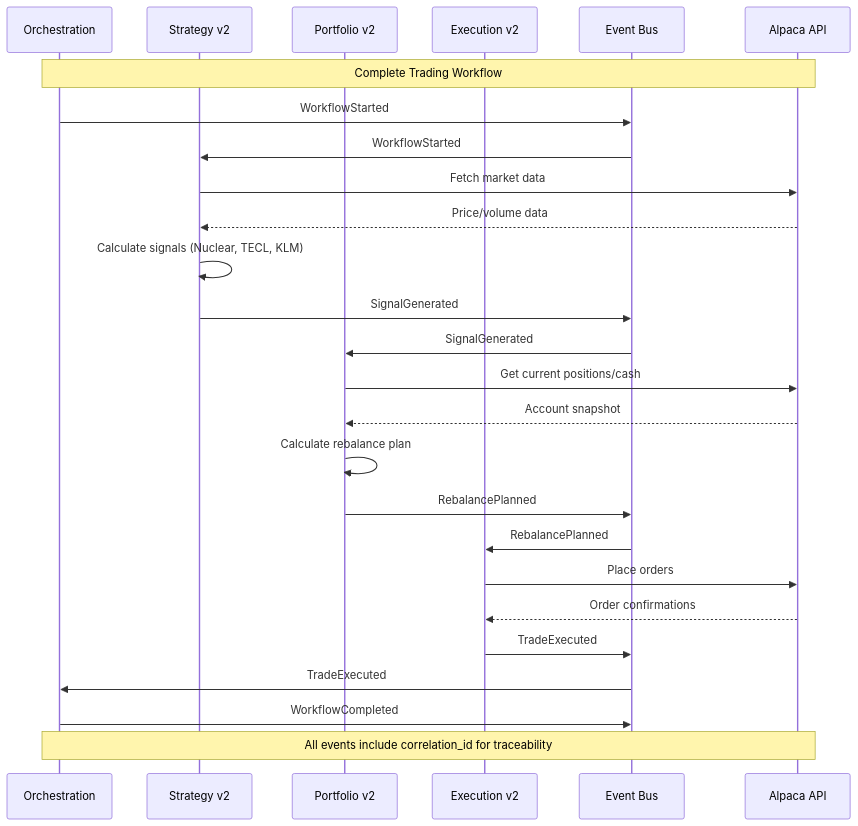
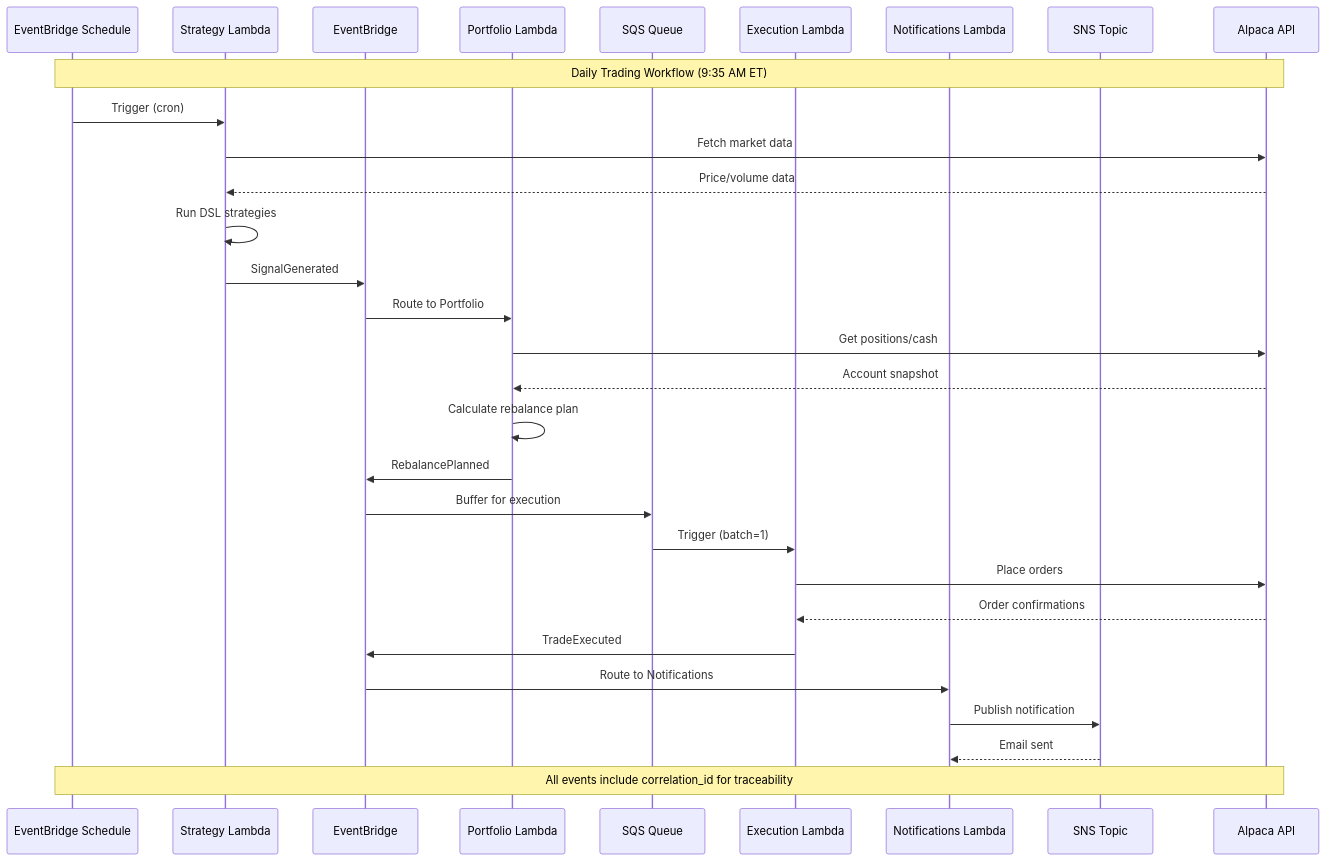
One commit to Josh-moreton/alchemiser-quant changed the second of 2 diagrams in README.md. Above: the diagram before and after it, drawn with Mermaid. The commit also changed other lines of this file and 2 other files, not shown here.

````diff
--- a/README.md
+++ b/README.md
@@ -56,35 +88,38 @@
 ```mermaid
 sequenceDiagram
-    participant O as Orchestration
-    participant S as Strategy v2
-    participant P as Portfolio v2
-    participant E as Execution v2
-    participant Bus as Event Bus
+    participant Sched as EventBridge Schedule
+    participant S as Strategy Lambda
+    participant EB as EventBridge
+    participant P as Portfolio Lambda
+    participant SQS as SQS Queue
+    participant E as Execution Lambda
+    participant N as Notifications Lambda
+    participant SNS as SNS Topic
     participant A as Alpaca API
 
-    Note over O,A: Complete Trading Workflow
+    Note over Sched,A: Daily Trading Workflow (9:35 AM ET)
 
-    O->>Bus: WorkflowStarted
-    Bus->>S: WorkflowStarted
-
+    Sched->>S: Trigger (cron)
     S->>A: Fetch market data
     A-->>S: Price/volume data
-    S->>S: Calculate signals (Nuclear, TECL, KLM)
-    S->>Bus: SignalGenerated
+    S->>S: Run DSL strategies
+    S->>EB: SignalGenerated
 
-    Bus->>P: SignalGenerated
-    P->>A: Get current positions/cash
+    EB->>P: Route to Portfolio
+    P->>A: Get positions/cash
     A-->>P: Account snapshot
     P->>P: Calculate rebalance plan
-    P->>Bus: RebalancePlanned
+    P->>EB: RebalancePlanned
 
-    Bus->>E: RebalancePlanned
+    EB->>SQS: Buffer for execution
+    SQS->>E: Trigger (batch=1)
     E->>A: Place orders
     A-->>E: Order confirmations
-    E->>Bus: TradeExecuted
+    E->>EB: TradeExecuted
 
-    Bus->>O: TradeExecuted
-    O->>Bus: WorkflowCompleted
+    EB->>N: Route to Notifications
+    N->>SNS: Publish notification
+    SNS-->>N: Email sent
 
-    Note over O,A: All events include correlation_id for traceability
+    Note over Sched,A: All events include correlation_id for traceability
 ```
````
